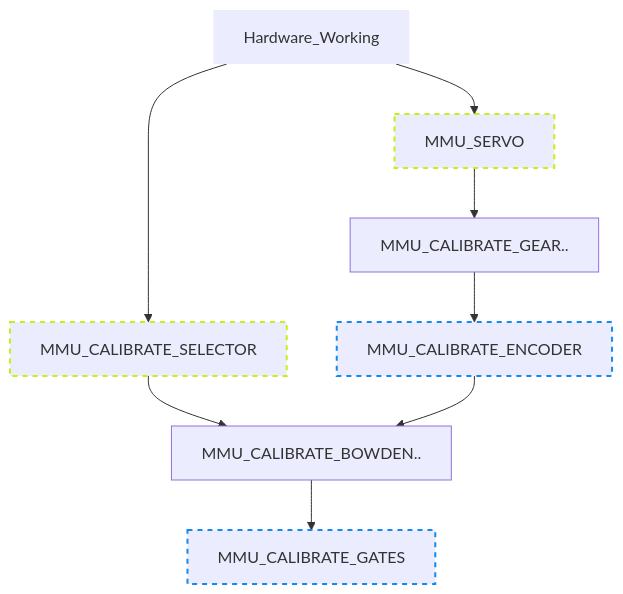
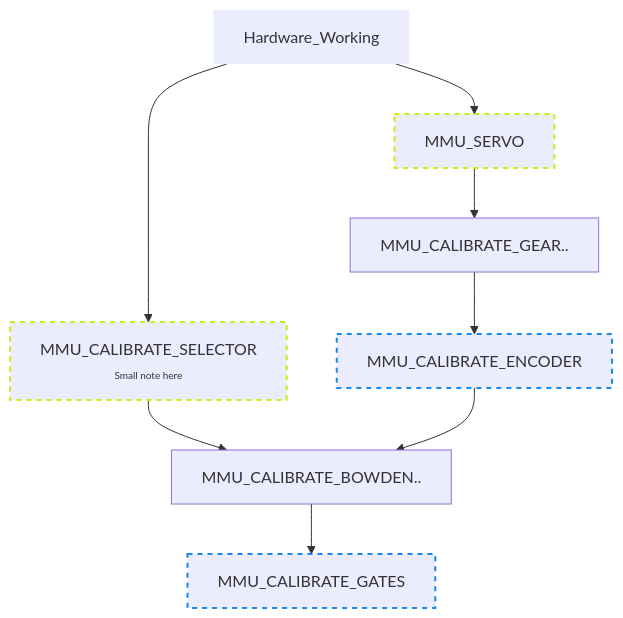
Before and after one commit to 3DCoded/Happy-Hare: the first of 2 diagrams in MMU-Calibration.md, drawn with Mermaid.

````diff
--- a/MMU-Calibration.md
+++ b/MMU-Calibration.md
@@ -22,18 +22,16 @@
 ```mermaid
 graph TD;
     Hardware_Working --> MMU_SERVO
-    Hardware_Working --> MMU_CALIBRATE_SELECTOR:::tooltip
+    Hardware_Working --> MMU_CALIBRATE_SELECTOR["MMU_CALIBRATE_SELECTOR<br/><span style='font-size:10px'>Small note here</span>"]
     MMU_CALIBRATE_SELECTOR --> MMU_CALIBRATE_BOWDEN
     MMU_SERVO --> MMU_CALIBRATE_GEAR["MMU_CALIBRATE_GEAR.."]
     MMU_CALIBRATE_GEAR --> MMU_CALIBRATE_ENCODER
     MMU_CALIBRATE_ENCODER --> MMU_CALIBRATE_BOWDEN["MMU_CALIBRATE_BOWDEN.."]
     MMU_CALIBRATE_BOWDEN --> MMU_CALIBRATE_GATES
 
     style Hardware_Working stroke-width:0px
     style MMU_SERVO stroke-dasharray: 5 5, stroke:#c5f015, stroke-width:2px
     style MMU_CALIBRATE_SELECTOR stroke-dasharray: 5 5, stroke:#c5f015, stroke-width:2px
     style MMU_CALIBRATE_ENCODER stroke-dasharray: 5 5, stroke:#1589f0, stroke-width:2px
     style MMU_CALIBRATE_GATES stroke-dasharray: 5 5, stroke:#1589f0, stroke-width:2px
-
-    click MMU_CALIBRATE_SELECTOR "this is a test" _blank
 ```
````
